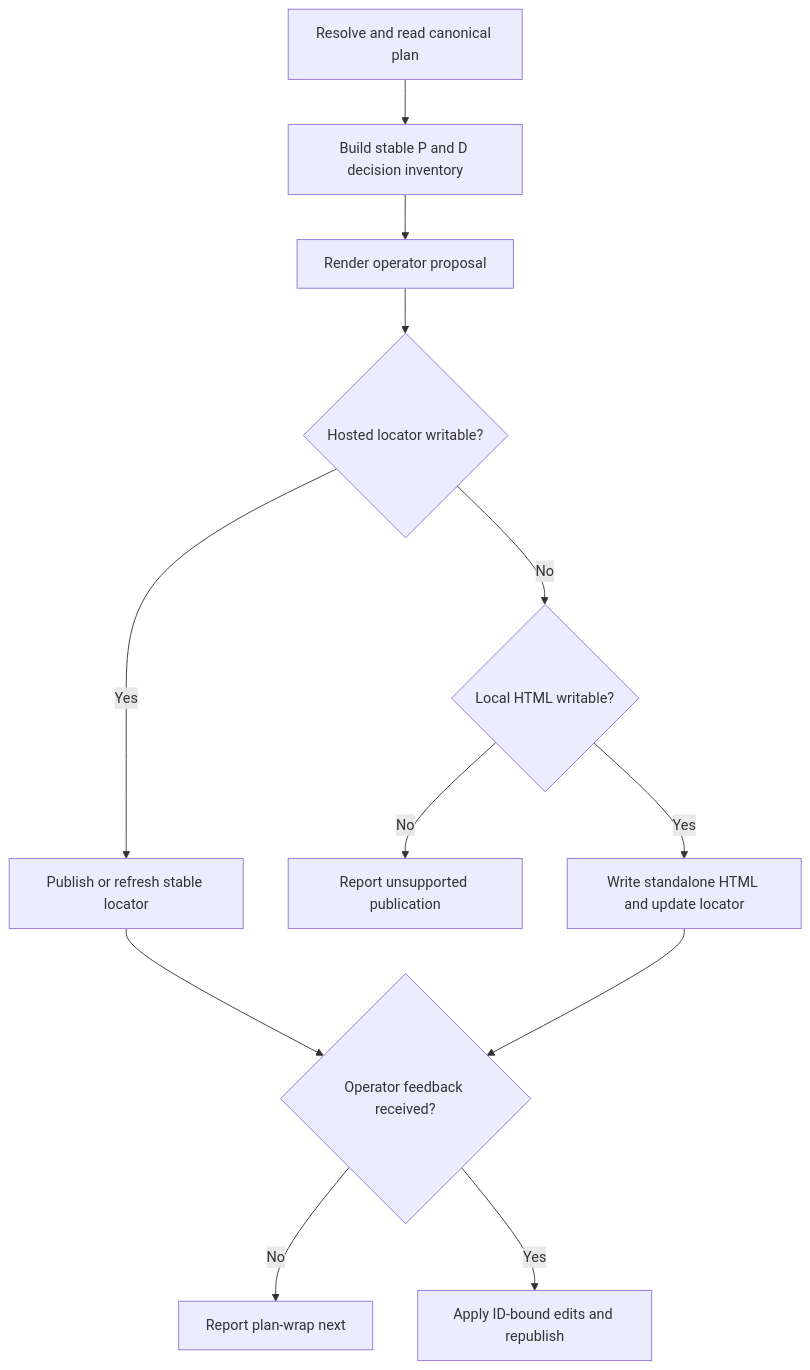
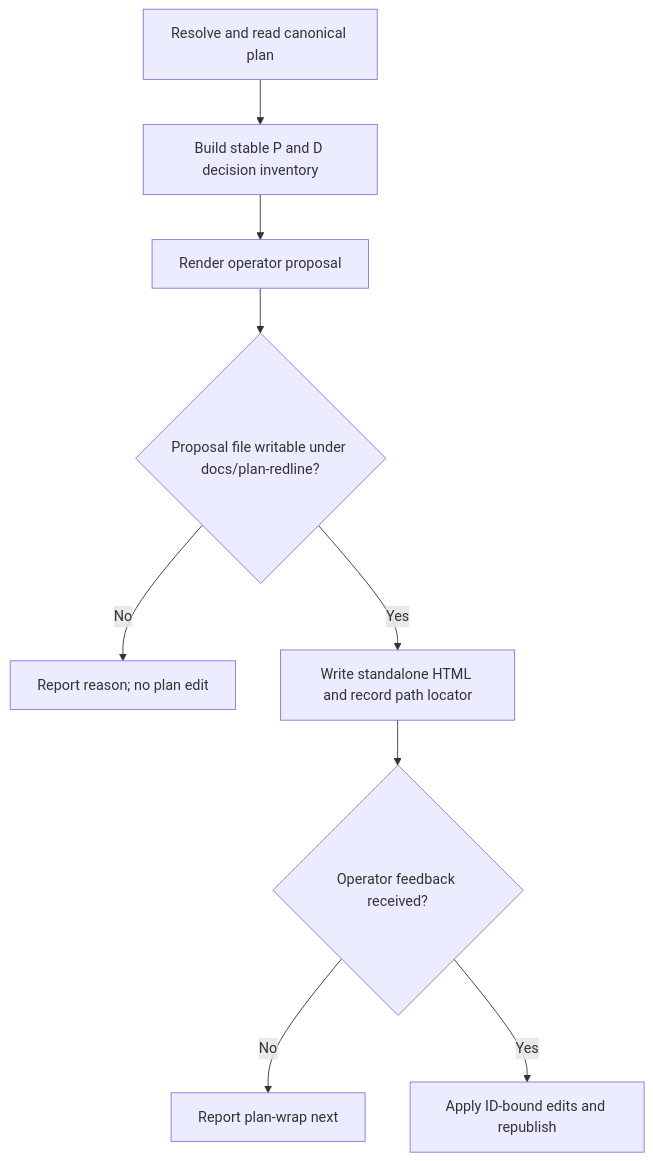
One commit to aberson/skill-mesh changed the diagram in docs/workflows/plan-redline.mmd. Above: the diagram before and after it, drawn with Mermaid. The commit also changed 33 other files, not shown here.

```diff
--- a/docs/workflows/plan-redline.mmd
+++ b/docs/workflows/plan-redline.mmd
@@ -1,18 +1,15 @@
 %% plan-redline
 %% Summary: Turn a plan into a stable proposal, distinguish operator choices from defaults, and fold terse ID-based feedback back into the plan.
 %% Sources: skills/plan-redline/core.md
-%% Not shown: HTML design tokens, section-by-section proposal copy, locator migration wording, publication versioning, and feedback examples
-%% Alt: A plan becomes a stable decision inventory and proposal; publication falls back to local HTML when needed, and later ID feedback updates both.
+%% Not shown: HTML design tokens, section-by-section proposal copy, stale hosted-locator migration wording, publication versioning, and feedback examples
+%% Alt: A plan becomes a stable decision inventory and a proposal file under docs/plan-redline; later ID feedback updates both.
 
 flowchart TD
     A[Resolve and read canonical plan] --> B[Build stable P and D decision inventory]
     B --> C[Render operator proposal]
-    C --> D{Hosted locator writable?}
-    D -- Yes --> E[Publish or refresh stable locator]
-    D -- No --> F{Local HTML writable?}
-    F -- No --> H[Report unsupported publication]
-    F -- Yes --> G[Write standalone HTML and update locator]
-    E --> I{Operator feedback received?}
-    G --> I
+    C --> F{Proposal file writable under docs/plan-redline?}
+    F -- No --> H[Report reason; no plan edit]
+    F -- Yes --> G[Write standalone HTML and record path locator]
+    G --> I{Operator feedback received?}
     I -- No --> R[Report plan-wrap next]
     I -- Yes --> J[Apply ID-bound edits and republish]
```
